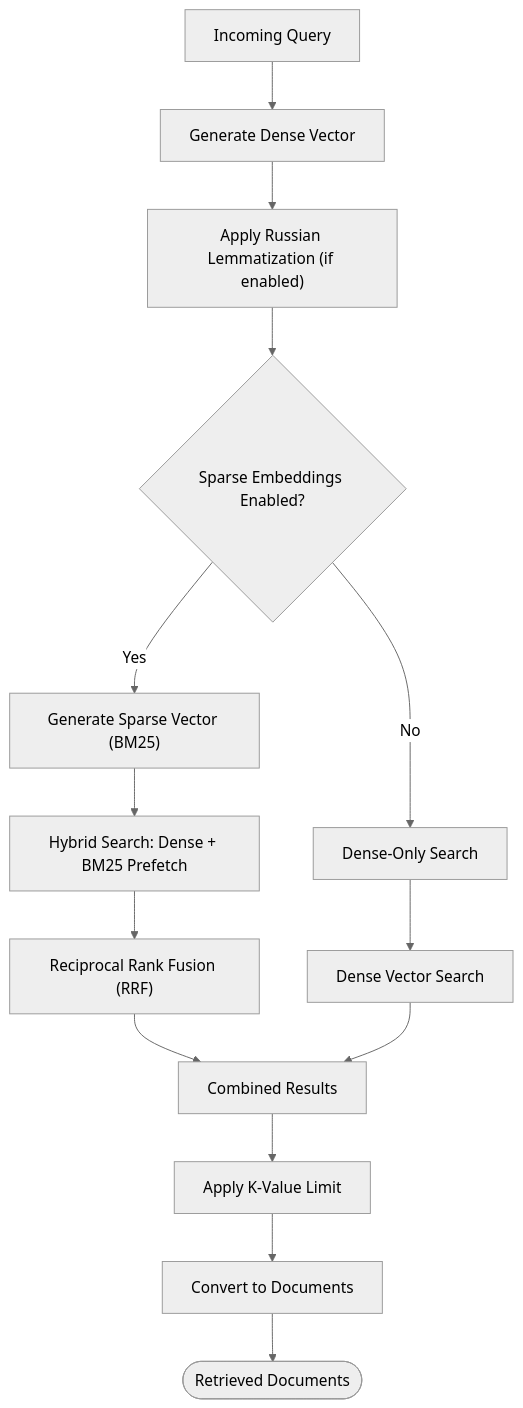
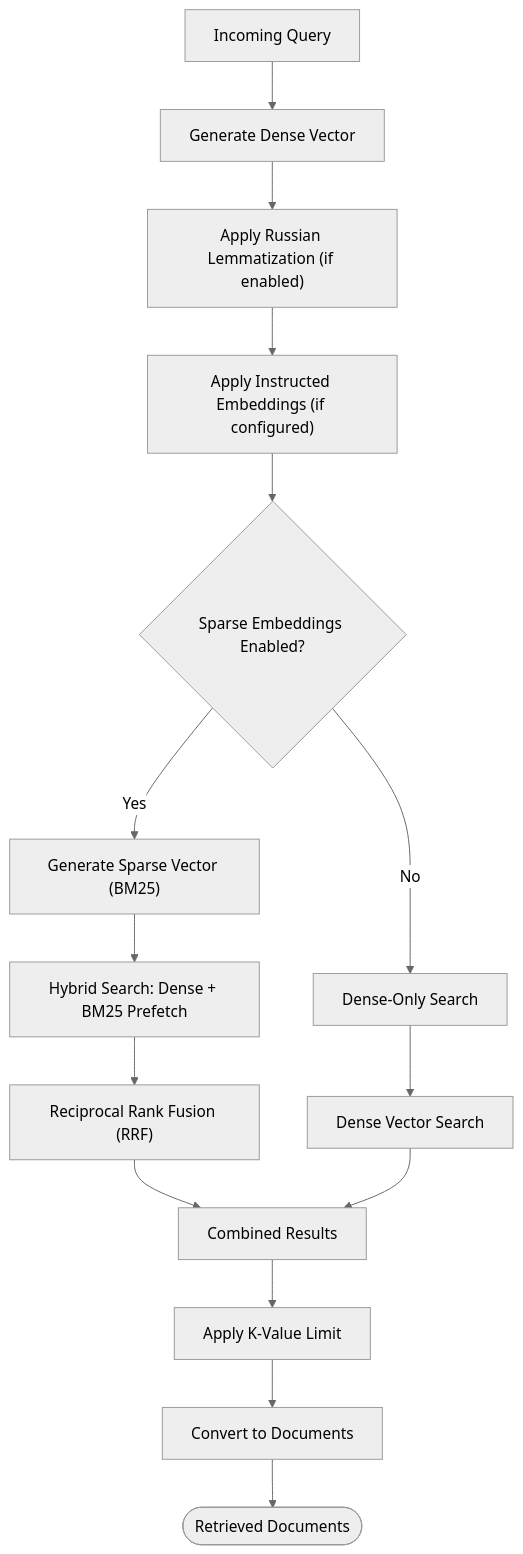
One commit to ognelis/cafetera_hr_bot changed diagram 19 of 24 in .qoder/repowiki/en/content/API Reference/RAG Microservice Architecture.md. Above: the diagram before and after it, drawn with Mermaid (neutral theme). The commit also changed other lines of this file and 10 other files, not shown here.

````diff
--- a/.qoder/repowiki/en/content/API Reference/RAG Microservice Architecture.md
+++ b/.qoder/repowiki/en/content/API Reference/RAG Microservice Architecture.md
@@ -925,16 +963,17 @@
 ```mermaid
 flowchart TD
 Query["Incoming Query"] --> DenseVec["Generate Dense Vector"]
 DenseVec --> RussianPreprocess["Apply Russian Lemmatization (if enabled)"]
-RussianPreprocess --> HybridCheck{"Sparse Embeddings Enabled?"}
+RussianPreprocess --> InstructedEmbeddings["Apply Instructed Embeddings (if configured)"]
+InstructedEmbeddings --> HybridCheck{"Sparse Embeddings Enabled?"}
 HybridCheck --> |Yes| SparseVec["Generate Sparse Vector (BM25)"]
 HybridCheck --> |No| DenseOnly["Dense-Only Search"]
 SparseVec --> HybridSearch["Hybrid Search: Dense + BM25 Prefetch"]
 DenseOnly --> DenseSearch["Dense Vector Search"]
 HybridSearch --> RRFFusion["Reciprocal Rank Fusion (RRF)"]
 RRFFusion --> Results["Combined Results"]
 DenseSearch --> Results
 Results --> Limit["Apply K-Value Limit"]
 Limit --> Docs["Convert to Documents"]
 Docs --> End(["Retrieved Documents"])
 ```
````
